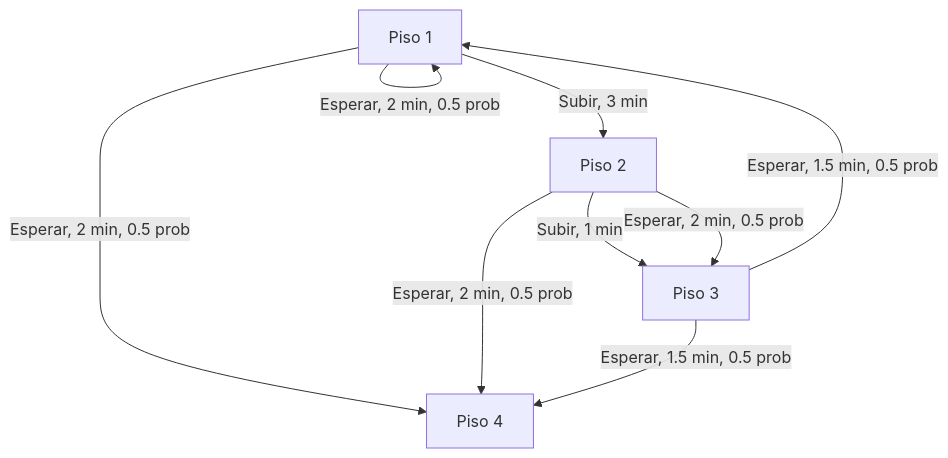
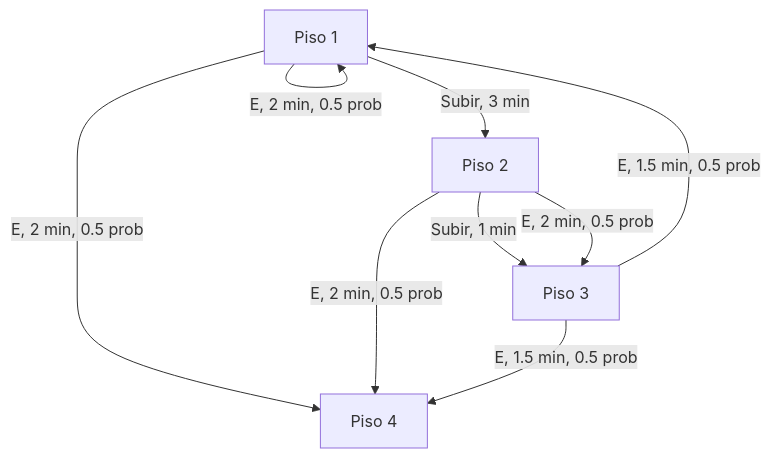
The first of 2 diagrams in Agentes inteligentes/Practico/MDP y Programación dinámica/Escaleras mágicas.md (BRJoaquin/ia-obsidian), drawn with Mermaid before and after one commit. The commit also changed other lines of this file, not shown here.

````diff
--- a/Agentes inteligentes/Practico/MDP y Programación dinámica/Escaleras mágicas.md
+++ b/Agentes inteligentes/Practico/MDP y Programación dinámica/Escaleras mágicas.md
@@ -4,11 +4,11 @@
 ```mermaid
 graph TD
     A[Piso 1] -->|Subir, 3 min| B[Piso 2]
-    A -->|Esperar, 2 min, 0.5 prob| A
-    A -->|Esperar, 2 min, 0.5 prob| D[Piso 4]
+    A -->|E, 2 min, 0.5 prob| A
+    A -->|E, 2 min, 0.5 prob| D[Piso 4]
     B -->|Subir, 1 min| C[Piso 3]
-    B -->|Esperar, 2 min, 0.5 prob| C
-    B -->|Esperar, 2 min, 0.5 prob| D
-    C -->|Esperar, 1.5 min, 0.5 prob| A
-    C -->|Esperar, 1.5 min, 0.5 prob| D
+    B -->|E, 2 min, 0.5 prob| C
+    B -->|E, 2 min, 0.5 prob| D
+    C -->|E, 1.5 min, 0.5 prob| A
+    C -->|E, 1.5 min, 0.5 prob| D
 ```
````
